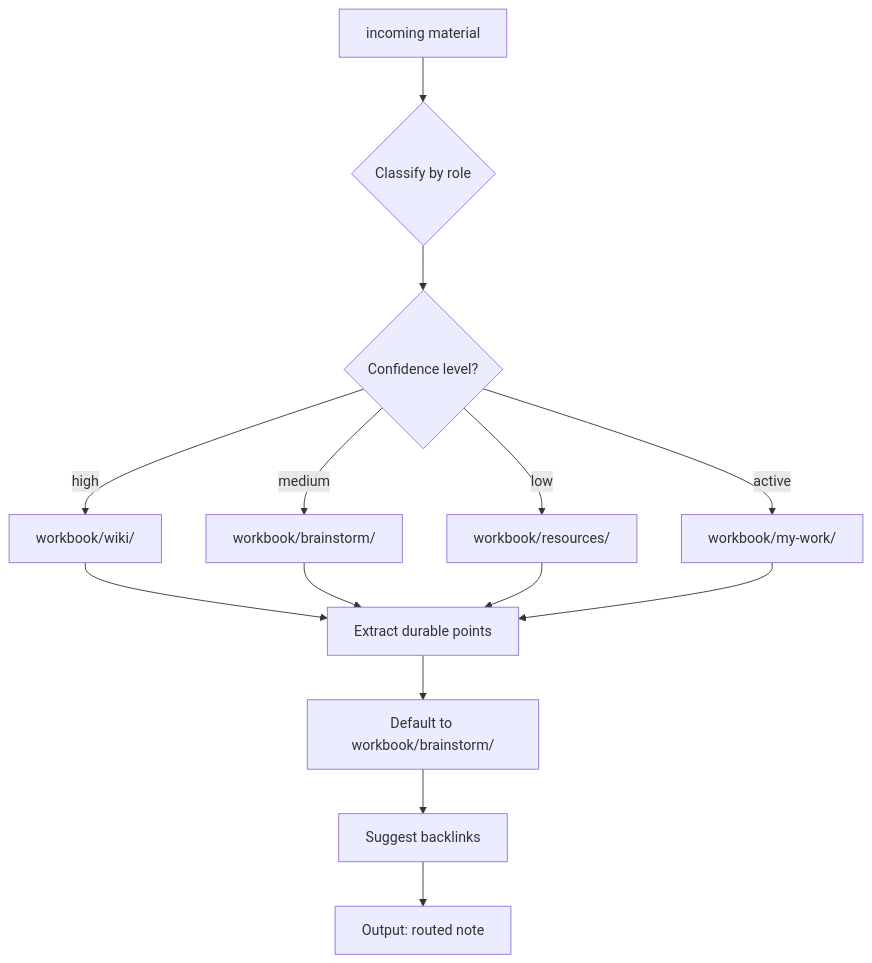
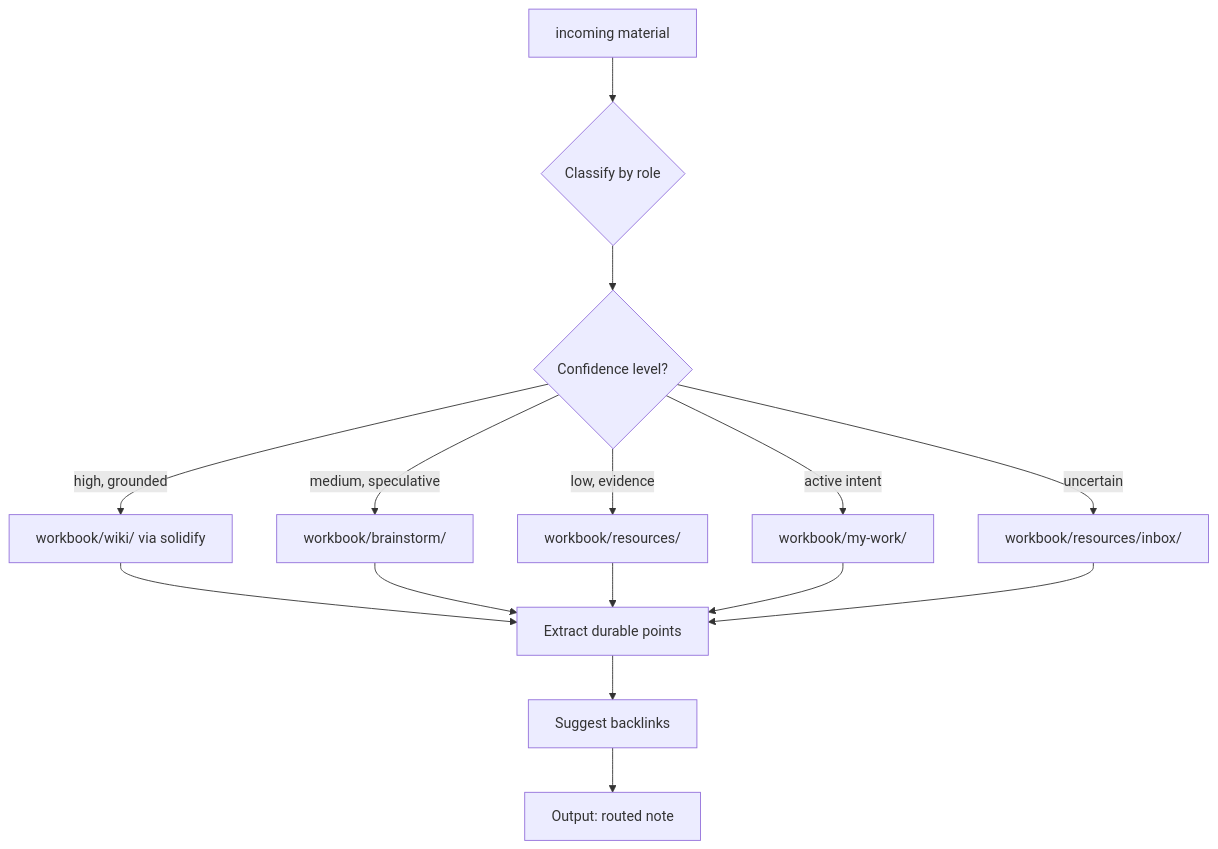
Diagram 12 of 16 in docs/routing-flows.md (gengyabc/baicai-notebook), drawn with Mermaid before and after one commit. The commit also changed other lines of this file and 11 other files, not shown here.

````diff
--- a/docs/routing-flows.md
+++ b/docs/routing-flows.md
@@ -319,16 +323,17 @@
 ```mermaid
 flowchart TD
     A[incoming material] --> B{Classify by role}
     B --> C{Confidence level?}
-    C -->|high| D[workbook/wiki/]
-    C -->|medium| E[workbook/brainstorm/]
-    C -->|low| F[workbook/resources/]
-    C -->|active| G[workbook/my-work/]
-    D --> H[Extract durable points]
-    E --> H
-    F --> H
-    G --> H
-    H --> I[Default to workbook/brainstorm/]
+    C -->|high, grounded| D[workbook/wiki/ via solidify]
+    C -->|medium, speculative| E[workbook/brainstorm/]
+    C -->|low, evidence| F[workbook/resources/]
+    C -->|active intent| G[workbook/my-work/]
+    C -->|uncertain| H[workbook/resources/inbox/]
+    D --> I[Extract durable points]
+    E --> I
+    F --> I
+    G --> I
+    H --> I
     I --> J[Suggest backlinks]
     J --> K[Output: routed note]
 ```
````
